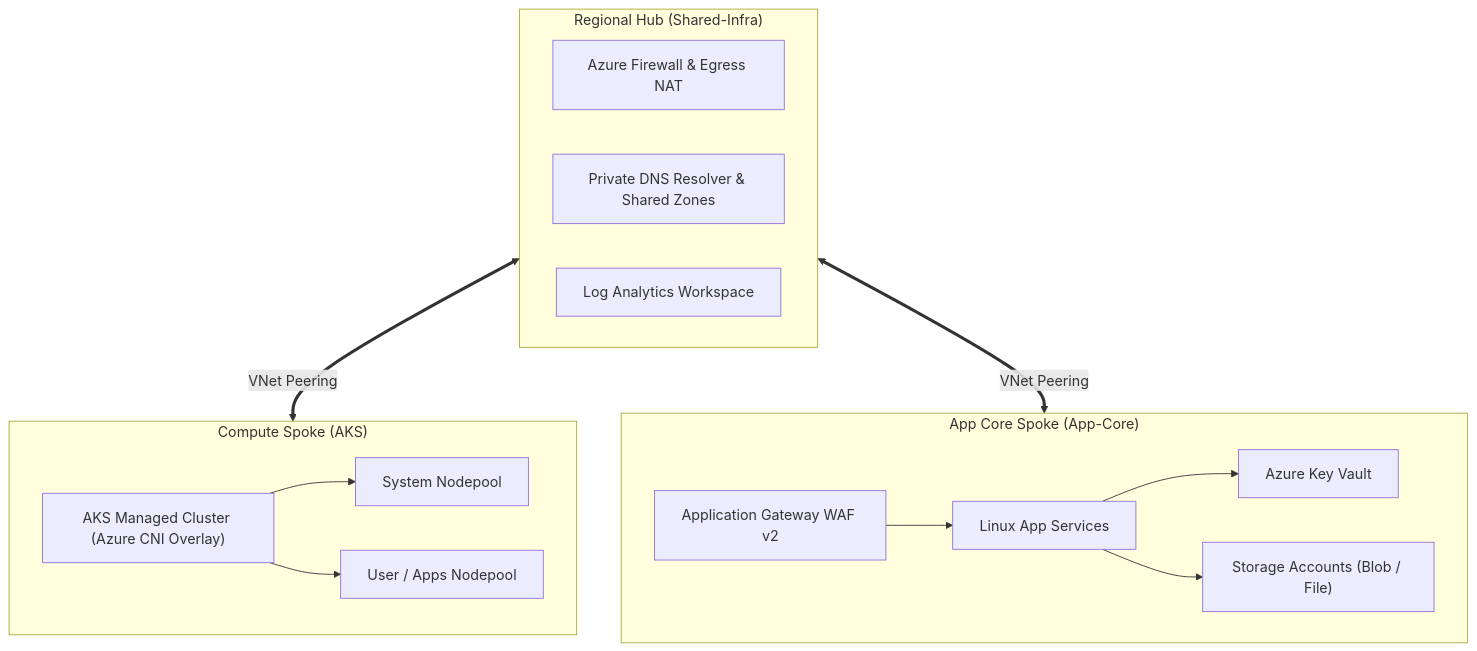
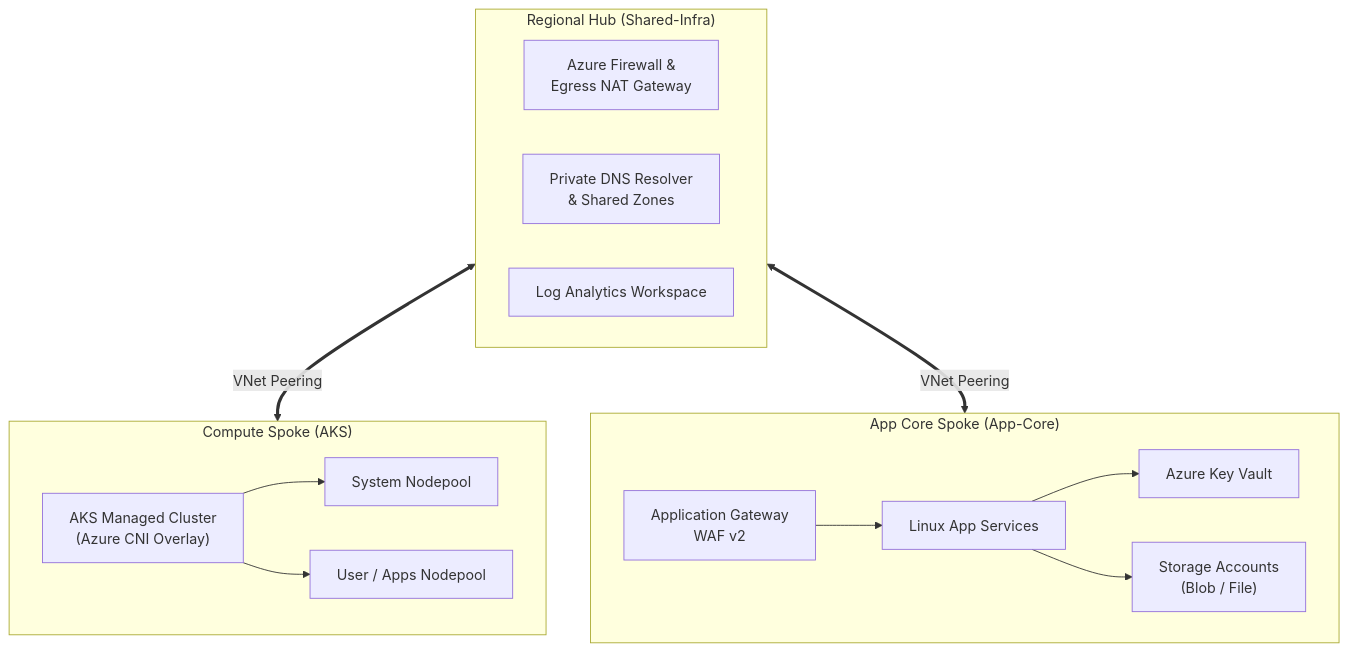
The first of 2 diagrams in docs/113-ARCHITECTURE_2026_AGENTIC.md (nubenetes/terraform-azure-devops-agentic), drawn with Mermaid before and after one commit. The commit also changed other lines of this file and 23 other files, not shown here.

Commit message:
docs: establish automated Mermaid validator and eliminate text clipping repo-wide

````diff
--- a/docs/113-ARCHITECTURE_2026_AGENTIC.md
+++ b/docs/113-ARCHITECTURE_2026_AGENTIC.md
@@ -27,29 +27,26 @@
 ```mermaid
 flowchart TD
     subgraph Regional_Hub ["Regional Hub (Shared-Infra)"]
-        FW["Azure Firewall & Egress NAT"]
-        DNS["Private DNS Resolver & Shared Zones"]
+        FW["Azure Firewall &<br/>Egress NAT Gateway"]
+        DNS["Private DNS Resolver<br/>& Shared Zones"]
         LogW["Log Analytics Workspace"]
     end
-
     subgraph Spoke_Compute ["Compute Spoke (AKS)"]
-        AKS["AKS Managed Cluster (Azure CNI Overlay)"]
+        AKS["AKS Managed Cluster<br/>(Azure CNI Overlay)"]
         PoolSystem["System Nodepool"]
         PoolApps["User / Apps Nodepool"]
         AKS --> PoolSystem
         AKS --> PoolApps
     end
-
     subgraph Spoke_Apps ["App Core Spoke (App-Core)"]
-        WAF["Application Gateway WAF v2"]
+        WAF["Application Gateway<br/>WAF v2"]
         Apps["Linux App Services"]
-        Storage["Storage Accounts (Blob / File)"]
+        Storage["Storage Accounts<br/>(Blob / File)"]
         KV["Azure Key Vault"]
         WAF --> Apps
         Apps --> KV
         Apps --> Storage
     end
-
     Regional_Hub <==>|VNet Peering| Spoke_Compute
     Regional_Hub <==>|VNet Peering| Spoke_Apps
 ```
````
